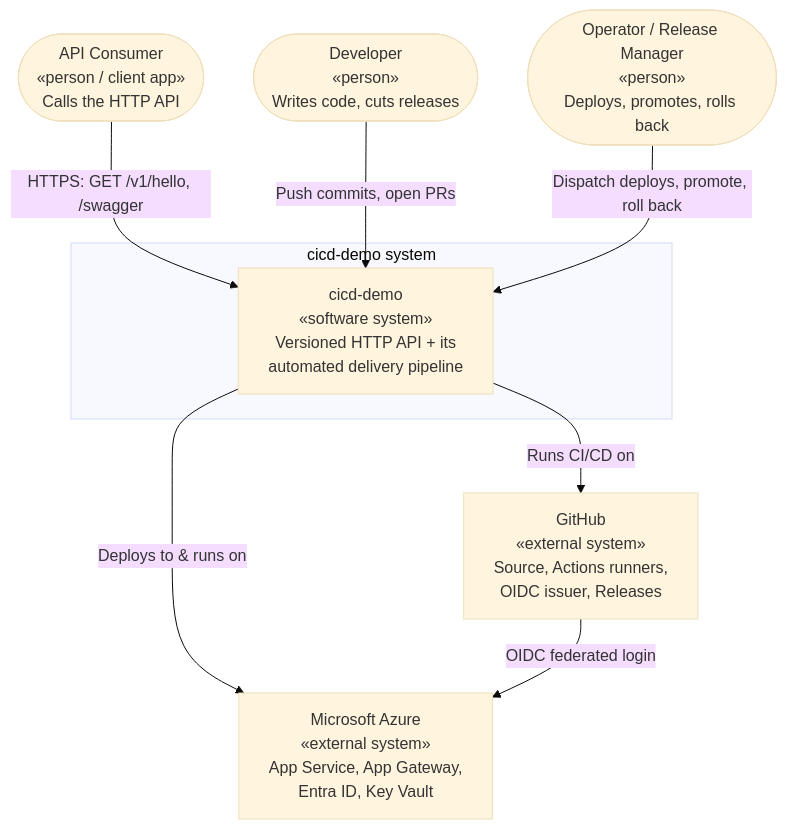
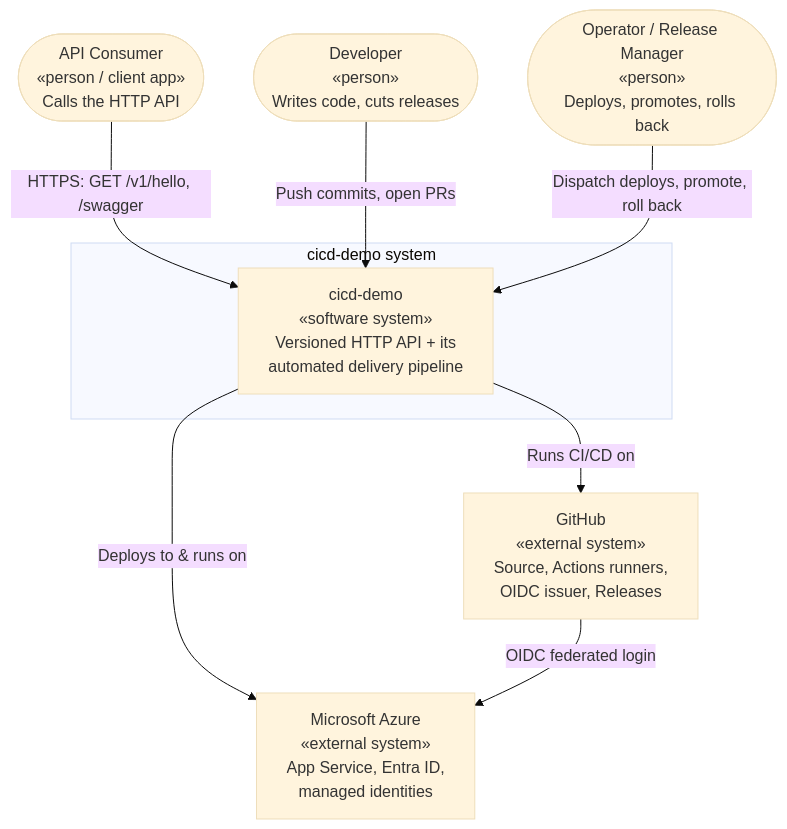
Before and after one commit to avlon-technologies/template-azure-cicd: the diagram in docs/c1-context/README.md, drawn with Mermaid (base theme). The commit also changed other lines of this file and 7 other files, not shown here.

````diff
--- a/docs/c1-context/README.md
+++ b/docs/c1-context/README.md
@@ -9,20 +9,20 @@
 ```mermaid
 graph TB
     consumer([API Consumer<br/>«person / client app»<br/>Calls the HTTP API])
     developer([Developer<br/>«person»<br/>Writes code, cuts releases])
     operator([Operator / Release Manager<br/>«person»<br/>Deploys, promotes, rolls back])
 
     subgraph boundary [cicd-demo system]
         api[cicd-demo<br/>«software system»<br/>Versioned HTTP API + its<br/>automated delivery pipeline]
     end
 
     github[GitHub<br/>«external system»<br/>Source, Actions runners,<br/>OIDC issuer, Releases]
-    azure[Microsoft Azure<br/>«external system»<br/>App Service, App Gateway,<br/>Entra ID, Key Vault]
+    azure[Microsoft Azure<br/>«external system»<br/>App Service, Entra ID,<br/>managed identities]
 
     consumer -->|HTTPS: GET /v1/hello, /swagger| api
     developer -->|Push commits, open PRs| api
     operator -->|Dispatch deploys, promote, roll back| api
     api -->|Runs CI/CD on| github
     api -->|Deploys to & runs on| azure
     github -->|OIDC federated login| azure
 ```
````
